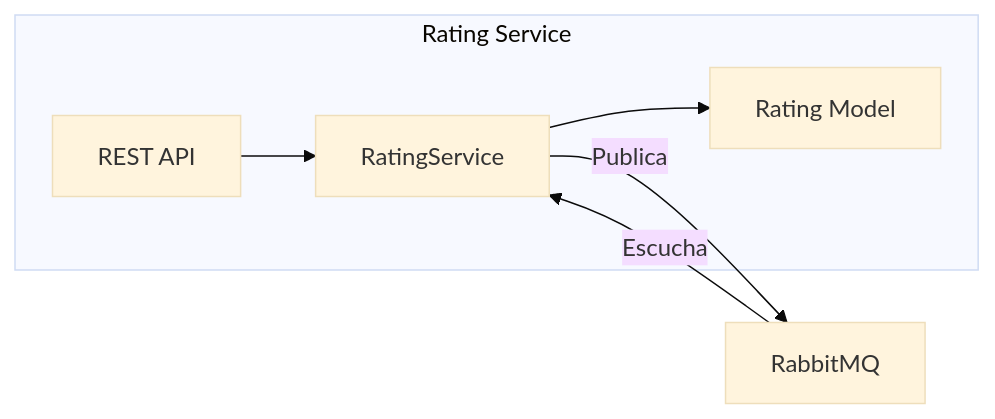
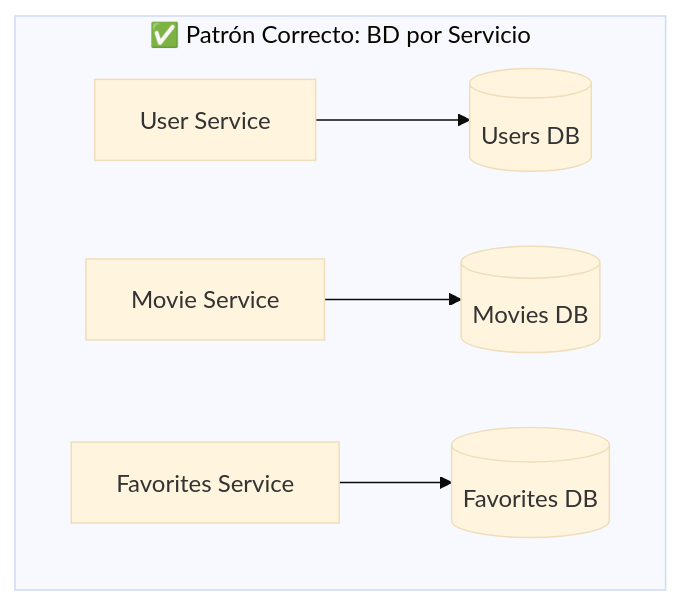
The ninth of 27 diagrams in README.md (paelsam/StreamiaServer), drawn with Mermaid (base theme) before and after one commit. The commit also changed other lines of this file and 20 other files, not shown here.

````diff
--- a/README.md
+++ b/README.md
@@ -321,13 +276,8 @@
 ```mermaid
-flowchart LR
-    subgraph Rating Service
-        API[REST API]
-        SVC[RatingService]
-        MODEL[Rating Model]
+flowchart TB
+    subgraph "✅ Patrón Correcto: BD por Servicio"
+        US[User Service] --> UDB[(Users DB)]
+        MS[Movie Service] --> MDB[(Movies DB)]
+        FS[Favorites Service] --> FDB[(Favorites DB)]
     end
-
-    API --> SVC
-    SVC --> MODEL
-    SVC --> |Publica| RMQ[RabbitMQ]
-    RMQ --> |Escucha| SVC
 ```
````
